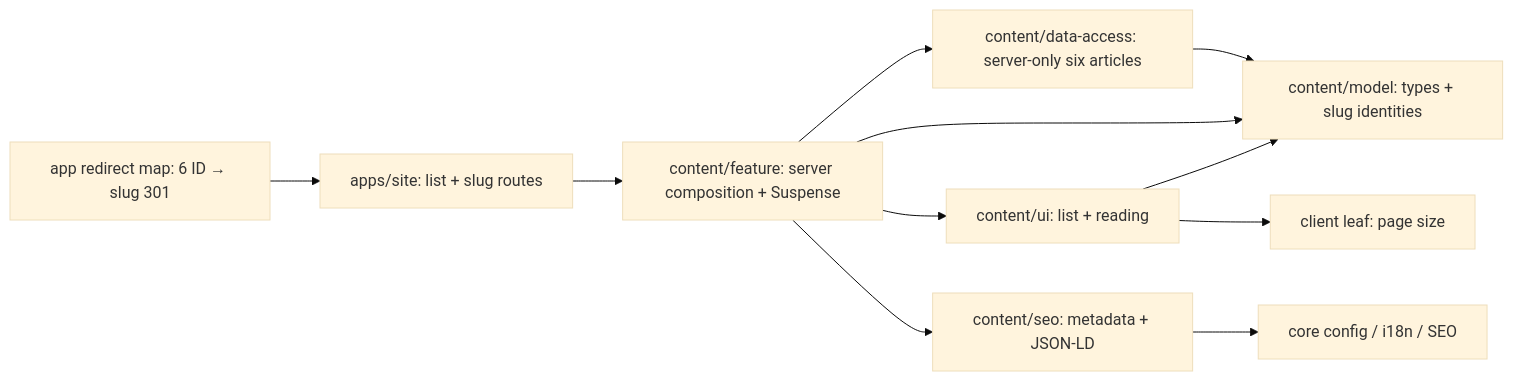
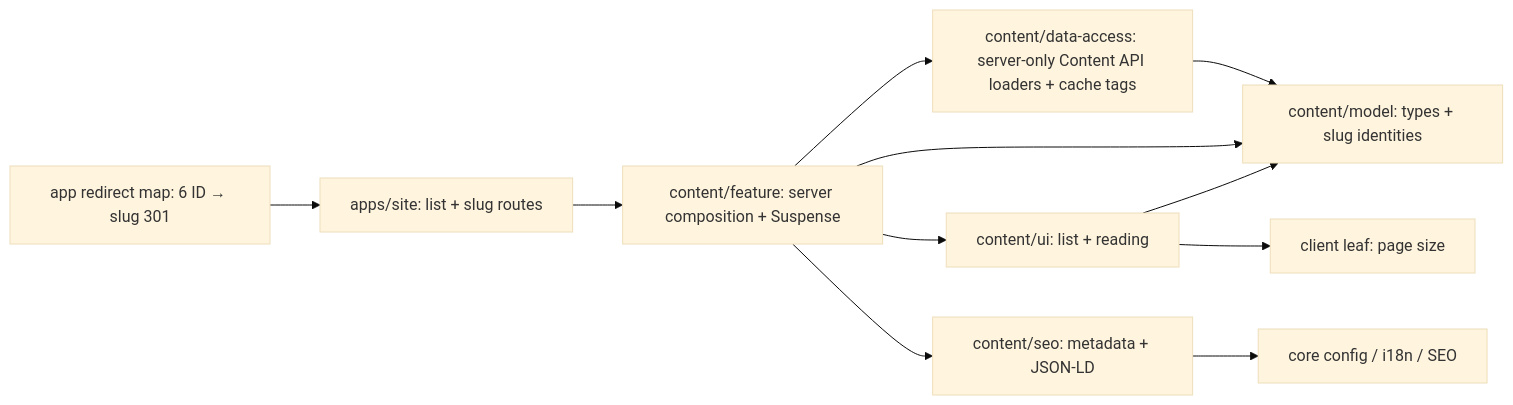
The diagram in docs/features/site/articles.md (Weretik/kedr-web), drawn with Mermaid (base theme) before and after one commit. The commit also changed other lines of this file and 124 other files, not shown here.

First line of the commit message:
feat(articles): read site articles from the Content API and manage them in the admin

````diff
--- a/docs/features/site/articles.md
+++ b/docs/features/site/articles.md
@@ -17,13 +17,13 @@
 ```mermaid
 flowchart LR
   Route["apps/site: list + slug routes"] --> Feature["content/feature: server composition + Suspense"]
-  Feature --> Source["content/data-access: server-only six articles"]
+  Feature --> Source["content/data-access: server-only Content API loaders + cache tags"]
   Source --> Model["content/model: types + slug identities"]
   Feature --> Model
   Feature --> UI["content/ui: list + reading"]
   UI --> Model
   UI --> Size["client leaf: page size"]
   Feature --> SEO["content/seo: metadata + JSON-LD"]
   SEO --> Core["core config / i18n / SEO"]
   Redirect["app redirect map: 6 ID → slug 301"] --> Route
 ```
````
